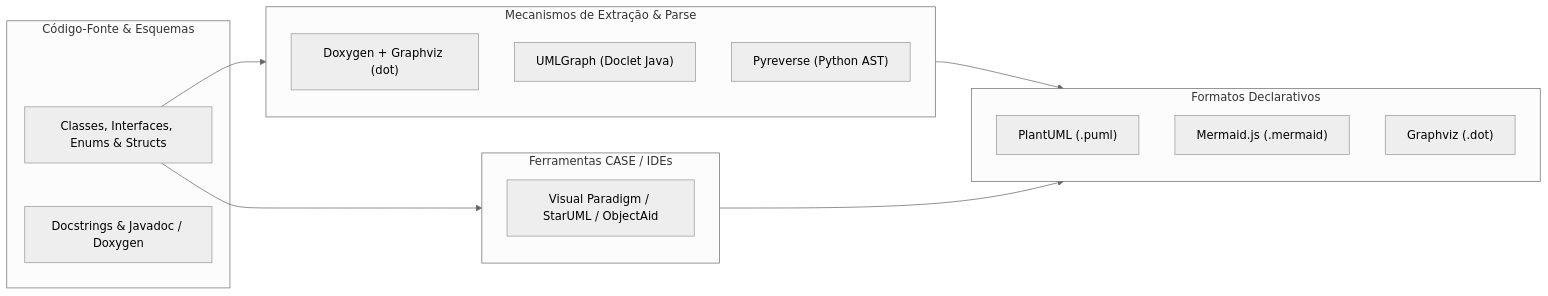
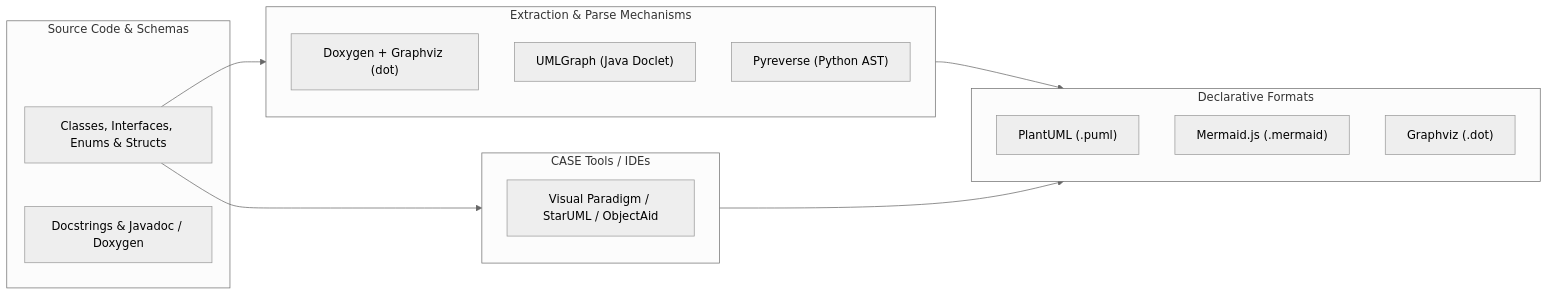
Before and after one commit to dandgabr/Coacus: the first of 3 diagrams in knowledge/skills/mapping/uml-diagram-generation/SKILL.md, drawn with Mermaid (neutral theme). The commit also changed other lines of this file and 143 other files, not shown here.

````diff
--- a/knowledge/skills/mapping/uml-diagram-generation/SKILL.md
+++ b/knowledge/skills/mapping/uml-diagram-generation/SKILL.md
@@ -16,28 +16,28 @@
 ```mermaid
 flowchart LR
-    subgraph Code["Código-Fonte & Esquemas"]
+    subgraph Code["Source Code & Schemas"]
         SRC["Classes, Interfaces, Enums & Structs"]
         DOCS["Docstrings & Javadoc / Doxygen"]
     end
 
-    subgraph Generators["Mecanismos de Extração & Parse"]
+    subgraph Generators["Extraction & Parse Mechanisms"]
         DOXYGEN["Doxygen + Graphviz (dot)"]
-        UMLGRAPH["UMLGraph (Doclet Java)"]
+        UMLGRAPH["UMLGraph (Java Doclet)"]
         PYREVERSE["Pyreverse (Python AST)"]
     end
 
-    subgraph Formats["Formatos Declarativos"]
+    subgraph Formats["Declarative Formats"]
         PLANTUML["PlantUML (.puml)"]
         MERMAID["Mermaid.js (.mermaid)"]
         GRAPHVIZ["Graphviz (.dot)"]
     end
 
-    subgraph EnterpriseTools["Ferramentas CASE / IDEs"]
+    subgraph EnterpriseTools["CASE Tools / IDEs"]
         VP["Visual Paradigm / StarUML / ObjectAid"]
     end
 
     SRC --> Generators
     Generators --> Formats
     SRC --> EnterpriseTools
     EnterpriseTools --> Formats
 ```
````
